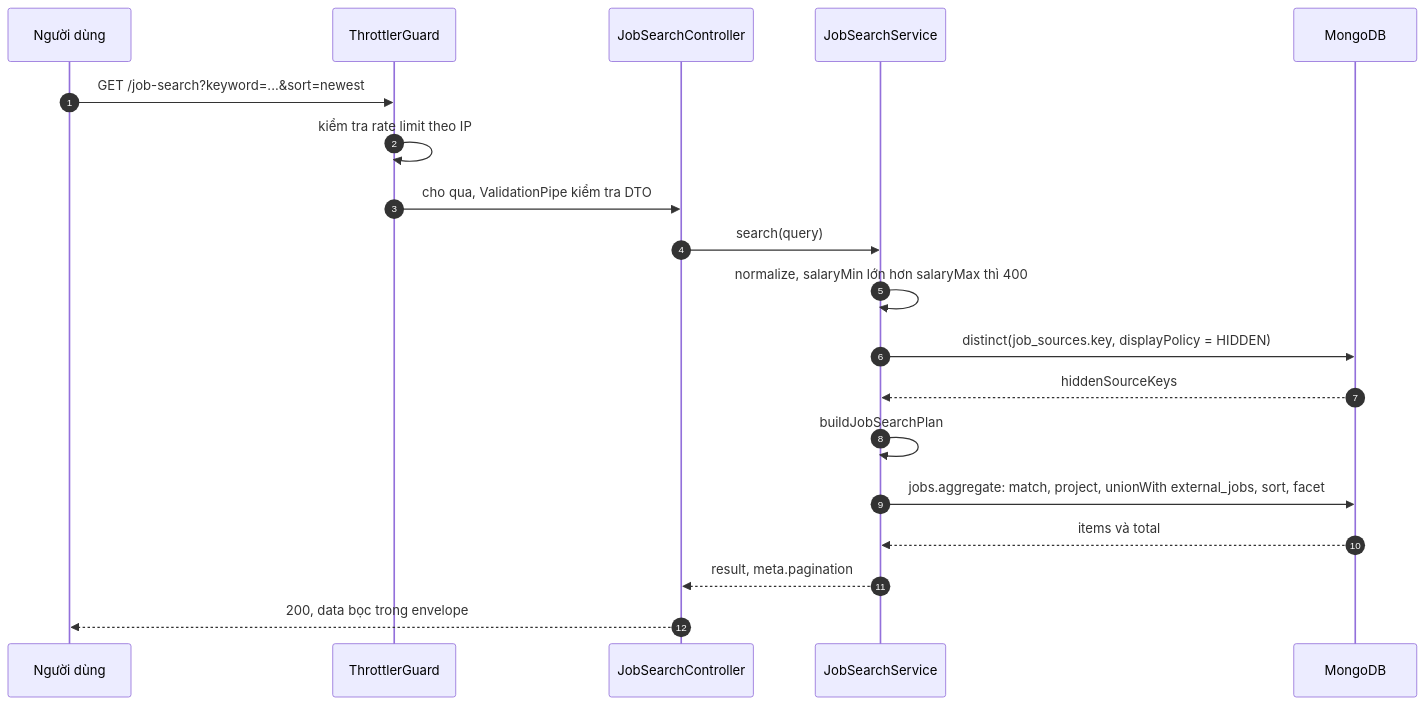
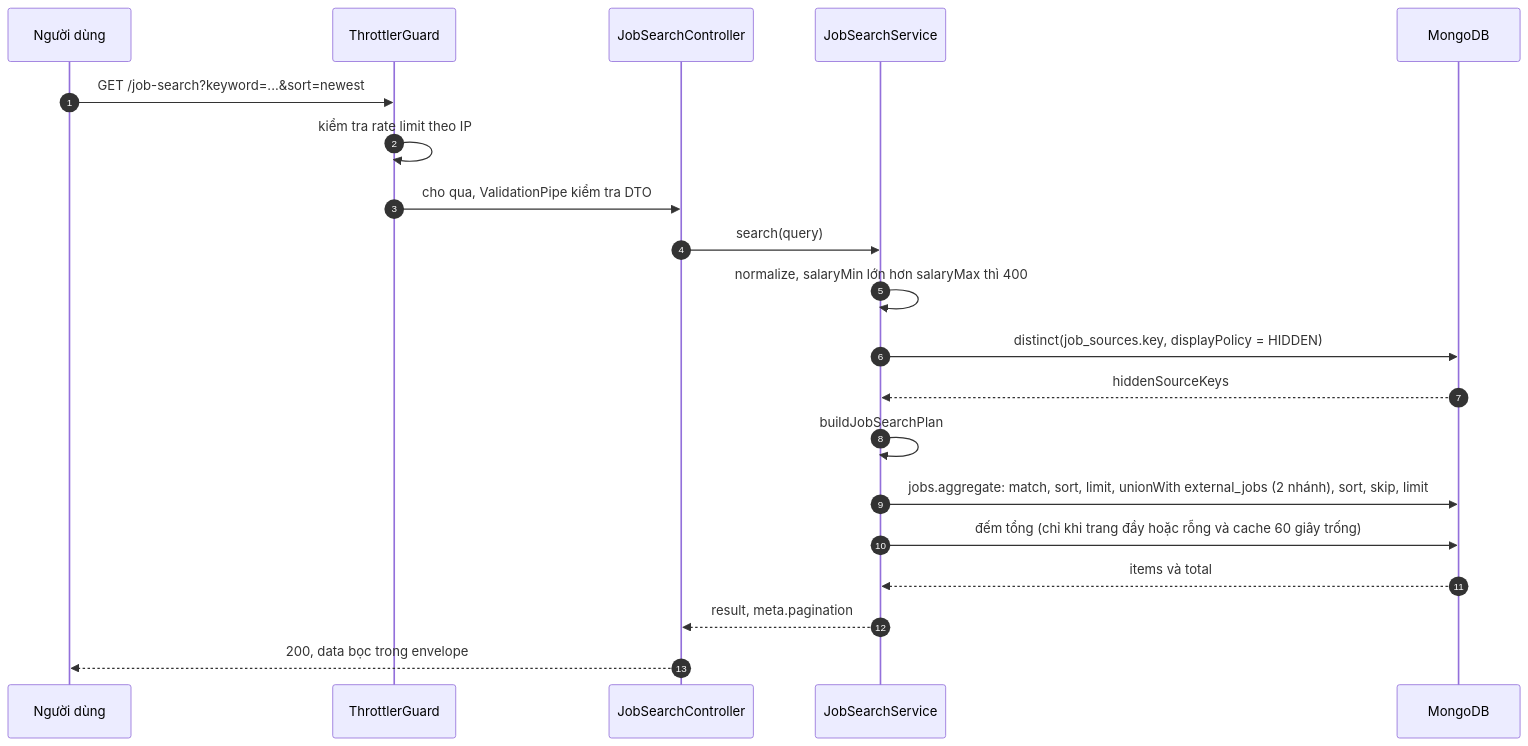
The first of 2 diagrams in docs/06-workflows/sequences/unified-job-search.md (QuocDuy21-10/it-job-portal-be), drawn with Mermaid before and after one commit. The commit also changed other lines of this file and 22 other files, not shown here.

````diff
--- a/docs/06-workflows/sequences/unified-job-search.md
+++ b/docs/06-workflows/sequences/unified-job-search.md
@@ -11,22 +11,23 @@
 ```mermaid
 sequenceDiagram
     autonumber
     participant U as Người dùng
     participant G as ThrottlerGuard
     participant C as JobSearchController
     participant S as JobSearchService
     participant DB as MongoDB
 
     U->>G: GET /job-search?keyword=...&sort=newest
     G->>G: kiểm tra rate limit theo IP
     G->>C: cho qua, ValidationPipe kiểm tra DTO
     C->>S: search(query)
     S->>S: normalize, salaryMin lớn hơn salaryMax thì 400
     S->>DB: distinct(job_sources.key, displayPolicy = HIDDEN)
     DB-->>S: hiddenSourceKeys
     S->>S: buildJobSearchPlan
-    S->>DB: jobs.aggregate: match, project, unionWith external_jobs, sort, facet
+    S->>DB: jobs.aggregate: match, sort, limit, unionWith external_jobs (2 nhánh), sort, skip, limit
+    S->>DB: đếm tổng (chỉ khi trang đầy hoặc rỗng và cache 60 giây trống)
     DB-->>S: items và total
     S-->>C: result, meta.pagination
     C-->>U: 200, data bọc trong envelope
 ```
````
